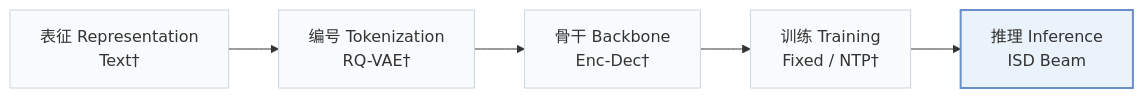
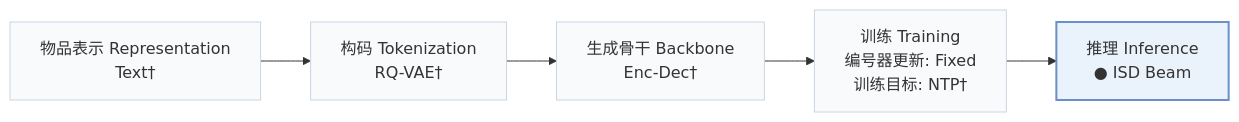
The first of 2 diagrams in pages/zh/papers/isd.md (Galaxy-ghost/Awesome-SID-Generative-Rec), drawn with Mermaid before and after one commit. The commit also changed other lines of this file and 558 other files, not shown here.

````diff
--- a/pages/zh/papers/isd.md
+++ b/pages/zh/papers/isd.md
@@ -15,8 +18,8 @@
 ```mermaid
 flowchart LR
-    R["表征 Representation<br/>Text†"] --> T["编号 Tokenization<br/>RQ-VAE†"] --> B["骨干 Backbone<br/>Enc-Dec†"] --> TR["训练 Training<br/>Fixed / NTP†"] --> I["推理 Inference<br/>ISD Beam"]
+    R["物品表示 Representation<br/>Text†"] --> T["构码 Tokenization<br/>RQ-VAE†"] --> B["生成骨干 Backbone<br/>Enc-Dec†"] --> TR["训练 Training<br/>编号器更新: Fixed<br/>训练目标: NTP†"] --> I["推理 Inference<br/>● ISD Beam"]
     classDef base fill:#f8fafc,stroke:#cbd5e1
     class R,T,B,TR,I base
     classDef main fill:#eaf2fb,stroke:#6b8fc7,stroke-width:2px
     class I main
 ```
````
